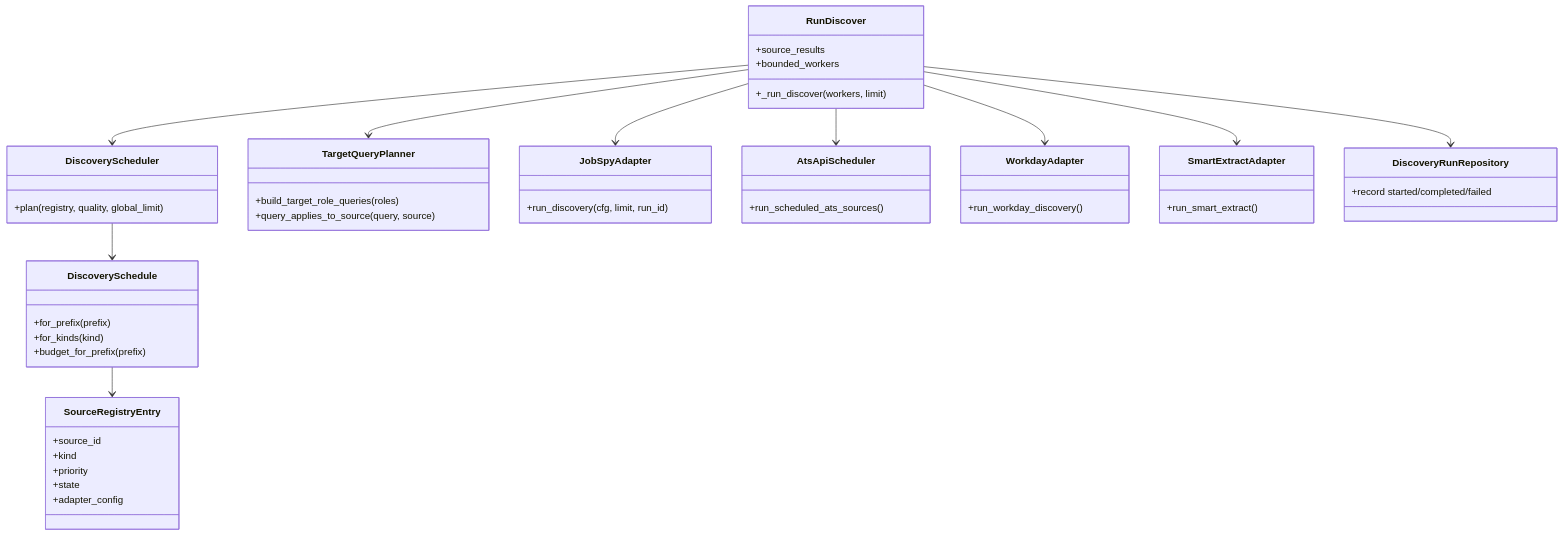
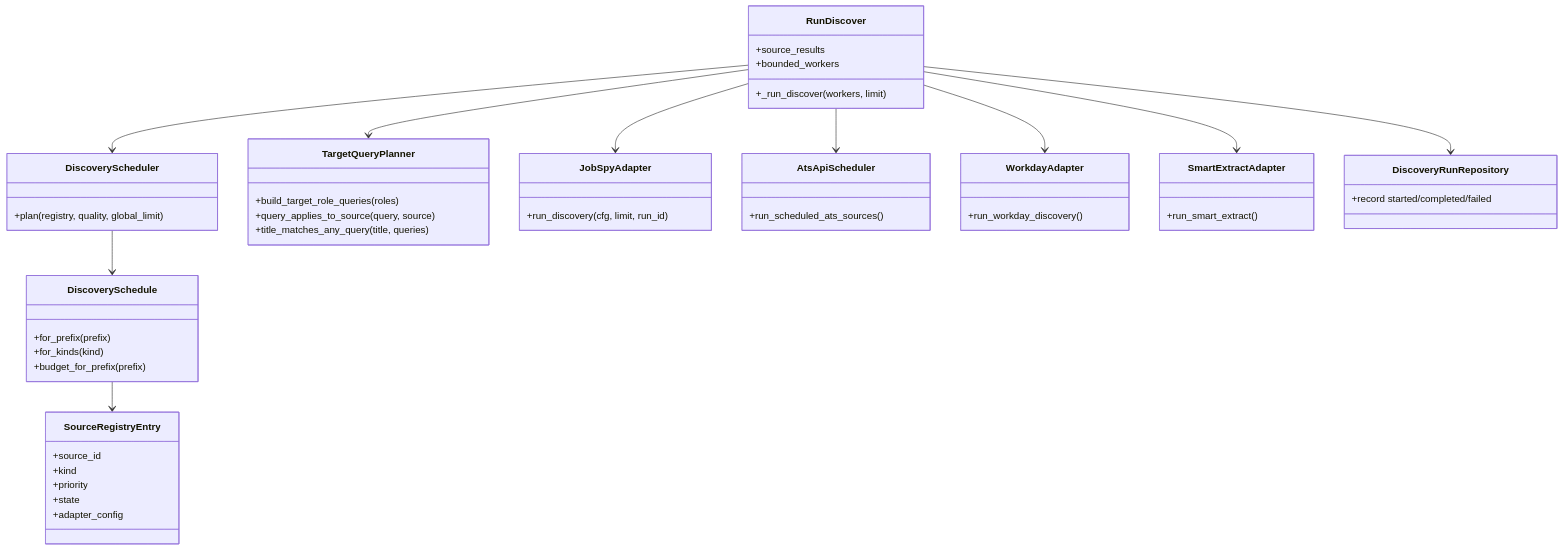
Before and after one commit to ebarti/JobCtrl: the fourth of 15 diagrams in docs/job-pipeline-architecture.md, drawn with Mermaid. The commit also changed other lines of this file and 12 other files, not shown here.

````diff
--- a/docs/job-pipeline-architecture.md
+++ b/docs/job-pipeline-architecture.md
@@ -268,52 +268,53 @@
 ```mermaid
 classDiagram
     class RunDiscover {
       +_run_discover(workers, limit)
       +source_results
       +bounded_workers
     }
     class DiscoveryScheduler {
       +plan(registry, quality, global_limit)
     }
     class TargetQueryPlanner {
       +build_target_role_queries(roles)
       +query_applies_to_source(query, source)
+      +title_matches_any_query(title, queries)
     }
     class DiscoverySchedule {
       +for_prefix(prefix)
       +for_kinds(kind)
       +budget_for_prefix(prefix)
     }
     class SourceRegistryEntry {
       +source_id
       +kind
       +priority
       +state
       +adapter_config
     }
     class JobSpyAdapter {
       +run_discovery(cfg, limit, run_id)
     }
     class AtsApiScheduler {
       +run_scheduled_ats_sources()
     }
     class WorkdayAdapter {
       +run_workday_discovery()
     }
     class SmartExtractAdapter {
       +run_smart_extract()
     }
     class DiscoveryRunRepository {
       +record started/completed/failed
     }
 
     RunDiscover --> DiscoveryScheduler
     RunDiscover --> TargetQueryPlanner
     DiscoveryScheduler --> DiscoverySchedule
     DiscoverySchedule --> SourceRegistryEntry
     RunDiscover --> JobSpyAdapter
     RunDiscover --> AtsApiScheduler
     RunDiscover --> WorkdayAdapter
     RunDiscover --> SmartExtractAdapter
     RunDiscover --> DiscoveryRunRepository
 ```
````
